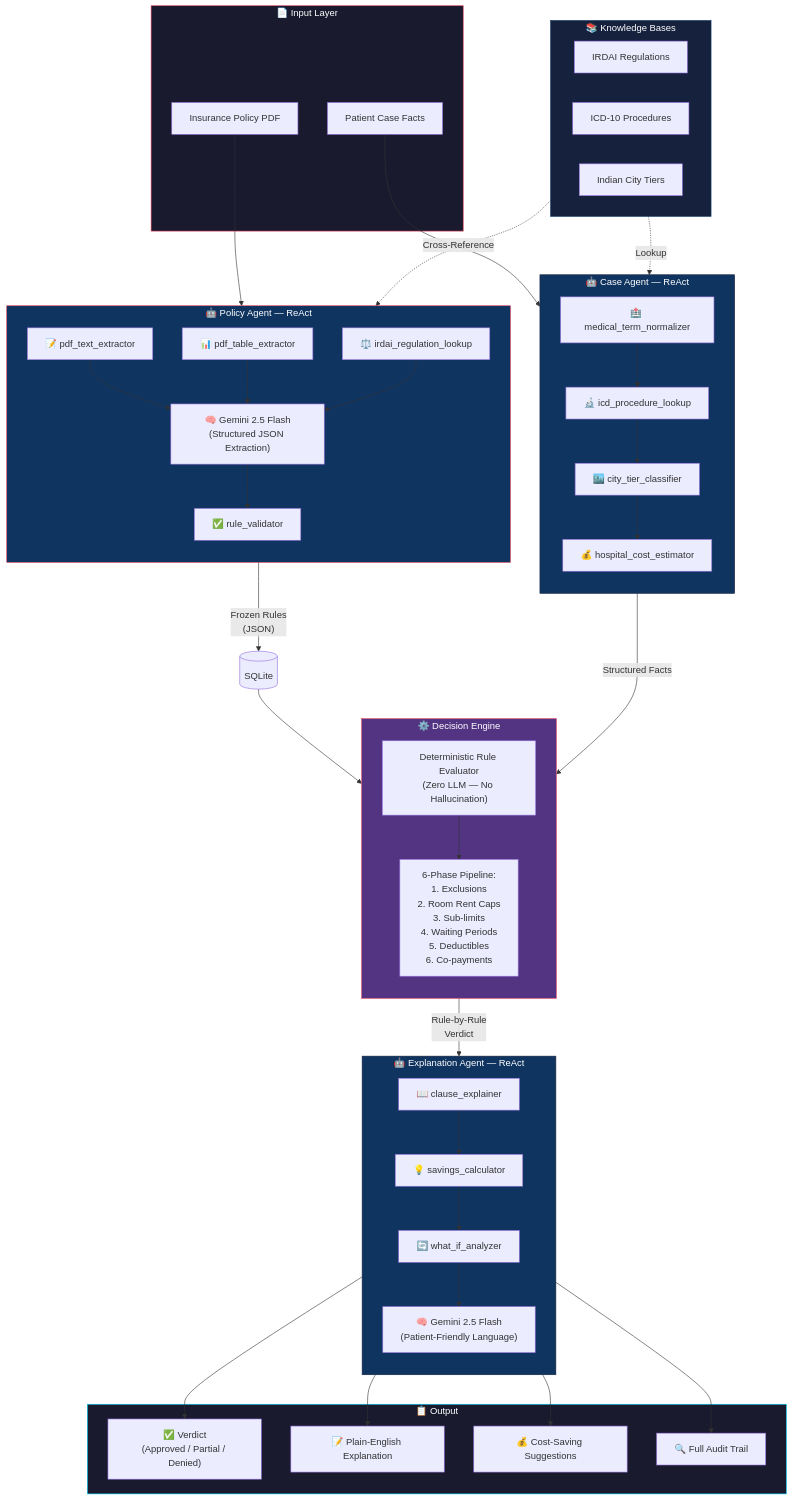
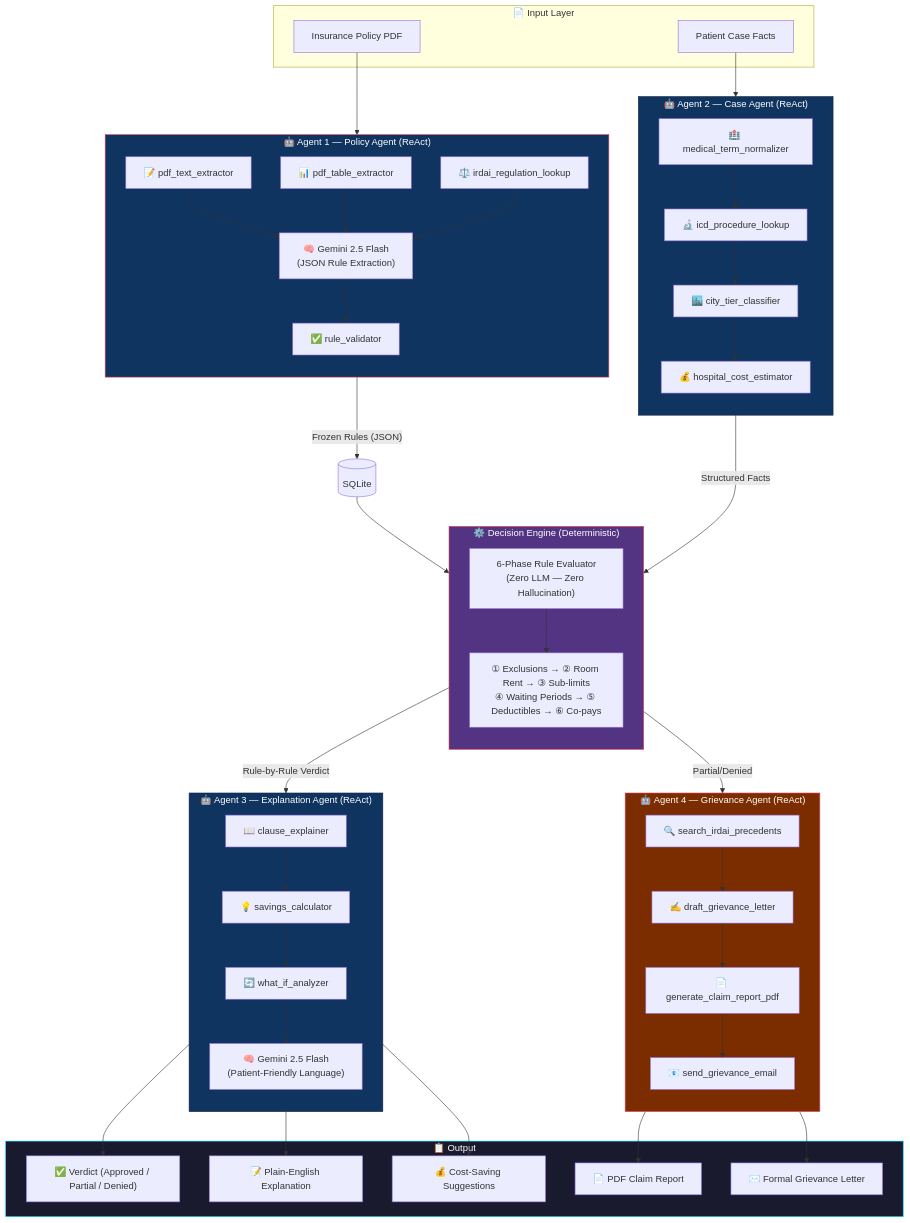
One commit to sharma-sugurthi/SecureShield changed the first of 2 diagrams in README.md. Above: the diagram before and after it, drawn with Mermaid. The commit also changed other lines of this file, not shown here.

````diff
--- a/README.md
+++ b/README.md
@@ -51,81 +58,79 @@
 ```mermaid
 flowchart TB
     subgraph INPUT["📄 Input Layer"]
         PDF["Insurance Policy PDF"]
         CASE["Patient Case Facts"]
     end
 
-    subgraph POLICY_AGENT["🤖 Policy Agent — ReAct"]
+    subgraph POLICY_AGENT["🤖 Agent 1 — Policy Agent (ReAct)"]
         direction TB
         PT1["📝 pdf_text_extractor"]
         PT2["📊 pdf_table_extractor"]
         PT3["⚖️ irdai_regulation_lookup"]
         PT4["✅ rule_validator"]
-        LLM1["🧠 Gemini 2.5 Flash\n(Structured JSON Extraction)"]
+        LLM1["🧠 Gemini 2.5 Flash\n(JSON Rule Extraction)"]
         PT1 --> LLM1
         PT2 --> LLM1
         PT3 --> LLM1
         LLM1 --> PT4
     end
 
-    subgraph CASE_AGENT["🤖 Case Agent — ReAct"]
+    subgraph CASE_AGENT["🤖 Agent 2 — Case Agent (ReAct)"]
         direction TB
         CT1["🏥 medical_term_normalizer"]
         CT2["🔬 icd_procedure_lookup"]
         CT3["🏙️ city_tier_classifier"]
         CT4["💰 hospital_cost_estimator"]
         CT1 --> CT2 --> CT3 --> CT4
     end
 
-    subgraph ENGINE["⚙️ Decision Engine"]
+    subgraph ENGINE["⚙️ Decision Engine (Deterministic)"]
         direction TB
-        DE["Deterministic Rule Evaluator\n(Zero LLM — No Hallucination)"]
-        PHASE["6-Phase Pipeline:\n1. Exclusions\n2. Room Rent Caps\n3. Sub-limits\n4. Waiting Periods\n5. Deductibles\n6. Co-payments"]
+        DE["6-Phase Rule Evaluator\n(Zero LLM — Zero Hallucination)"]
+        PHASE["① Exclusions → ② Room Rent → ③ Sub-limits\n④ Waiting Periods → ⑤ Deductibles → ⑥ Co-pays"]
         DE --> PHASE
     end
 
-    subgraph EXPLAIN_AGENT["🤖 Explanation Agent — ReAct"]
+    subgraph EXPLAIN_AGENT["🤖 Agent 3 — Explanation Agent (ReAct)"]
         direction TB
         ET1["📖 clause_explainer"]
         ET2["💡 savings_calculator"]
         ET3["🔄 what_if_analyzer"]
         LLM2["🧠 Gemini 2.5 Flash\n(Patient-Friendly Language)"]
-        ET1 --> ET2
-        ET2 --> ET3
-        ET3 --> LLM2
+        ET1 --> ET2 --> ET3 --> LLM2
+    end
+
+    subgraph GRIEVANCE_AGENT["🤖 Agent 4 — Grievance Agent (ReAct)"]
+        direction TB
+        GA1["🔍 search_irdai_precedents"]
+        GA2["✍️ draft_grievance_letter"]
+        GA3["📄 generate_claim_report_pdf"]
+        GA4["📧 send_grievance_email"]
+        GA1 --> GA2 --> GA3 --> GA4
     end
 
     subgraph OUTPUT["📋 Output"]
-        VERDICT["✅ Verdict\n(Approved / Partial / Denied)"]
+        VERDICT["✅ Verdict (Approved / Partial / Denied)"]
         EXPLAIN["📝 Plain-English Explanation"]
         SAVINGS["💰 Cost-Saving Suggestions"]
-        AUDIT["🔍 Full Audit Trail"]
-    end
-
-    subgraph KNOWLEDGE["📚 Knowledge Bases"]
-        KB1["IRDAI Regulations"]
-        KB2["ICD-10 Procedures"]
-        KB3["Indian City Tiers"]
+        PDF_R["📄 PDF Claim Report"]
+        LETTER["✉️ Formal Grievance Letter"]
     end
 
     PDF --> POLICY_AGENT
-    POLICY_AGENT -->|"Frozen Rules\n(JSON)"| DB[(SQLite)]
+    POLICY_AGENT -->|"Frozen Rules (JSON)"| DB[(SQLite)]
     CASE --> CASE_AGENT
     DB --> ENGINE
     CASE_AGENT -->|"Structured Facts"| ENGINE
-    ENGINE -->|"Rule-by-Rule\nVerdict"| EXPLAIN_AGENT
-    EXPLAIN_AGENT --> VERDICT
-    EXPLAIN_AGENT --> EXPLAIN
-    EXPLAIN_AGENT --> SAVINGS
-    EXPLAIN_AGENT --> AUDIT
-    KNOWLEDGE -.->|"Cross-Reference"| POLICY_AGENT
-    KNOWLEDGE -.->|"Lookup"| CASE_AGENT
+    ENGINE -->|"Rule-by-Rule Verdict"| EXPLAIN_AGENT
+    EXPLAIN_AGENT --> VERDICT & EXPLAIN & SAVINGS
+    ENGINE -->|"Partial/Denied"| GRIEVANCE_AGENT
+    GRIEVANCE_AGENT --> PDF_R & LETTER
 
-    style INPUT fill:#1a1a2e,stroke:#e94560,color:#ffffff
     style POLICY_AGENT fill:#0f3460,stroke:#e94560,color:#ffffff
     style CASE_AGENT fill:#0f3460,stroke:#16213e,color:#ffffff
     style ENGINE fill:#533483,stroke:#e94560,color:#ffffff
     style EXPLAIN_AGENT fill:#0f3460,stroke:#16213e,color:#ffffff
+    style GRIEVANCE_AGENT fill:#7b2d00,stroke:#e94560,color:#ffffff
     style OUTPUT fill:#1a1a2e,stroke:#00d2ff,color:#ffffff
-    style KNOWLEDGE fill:#16213e,stroke:#0f3460,color:#ffffff
 ```
````
